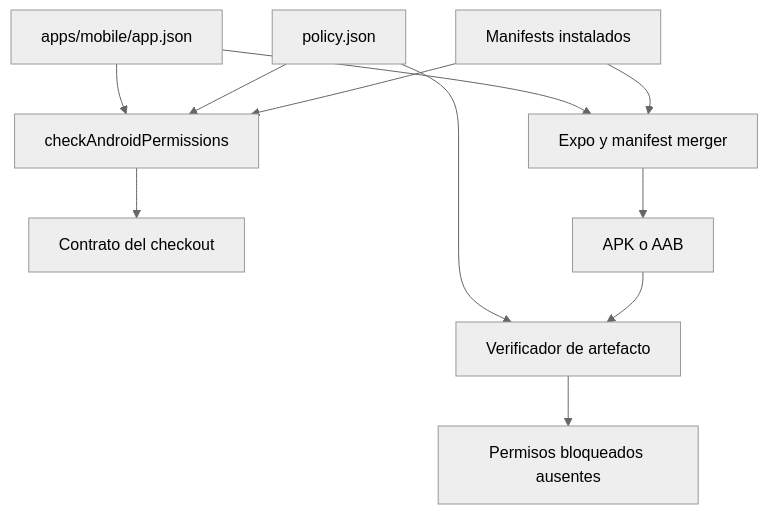
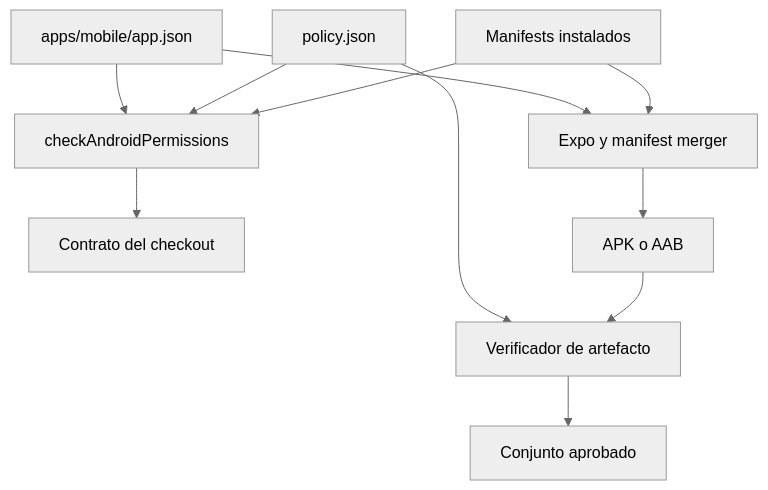
The first of 2 diagrams in openwiki/operations/android-permissions.md (maximofn/gymnasia), drawn with Mermaid (neutral theme) before and after one commit. The commit also changed other lines of this file and 50 other files, not shown here.

````diff
--- a/openwiki/operations/android-permissions.md
+++ b/openwiki/operations/android-permissions.md
@@ -64,13 +64,13 @@
 ```mermaid
 flowchart TD
     Config["apps/mobile/app.json"] --> Local["checkAndroidPermissions"]
     Policy["policy.json"] --> Local
     Dependencies["Manifests instalados"] --> Local
     Local --> Checkout["Contrato del checkout"]
     Config --> Build["Expo y manifest merger"]
     Dependencies --> Build
     Build --> Artifact["APK o AAB"]
     Policy --> ArtifactCheck["Verificador de artefacto"]
     Artifact --> ArtifactCheck
-    ArtifactCheck --> Release["Permisos bloqueados ausentes"]
+    ArtifactCheck --> Release["Conjunto aprobado"]
 ```
````
